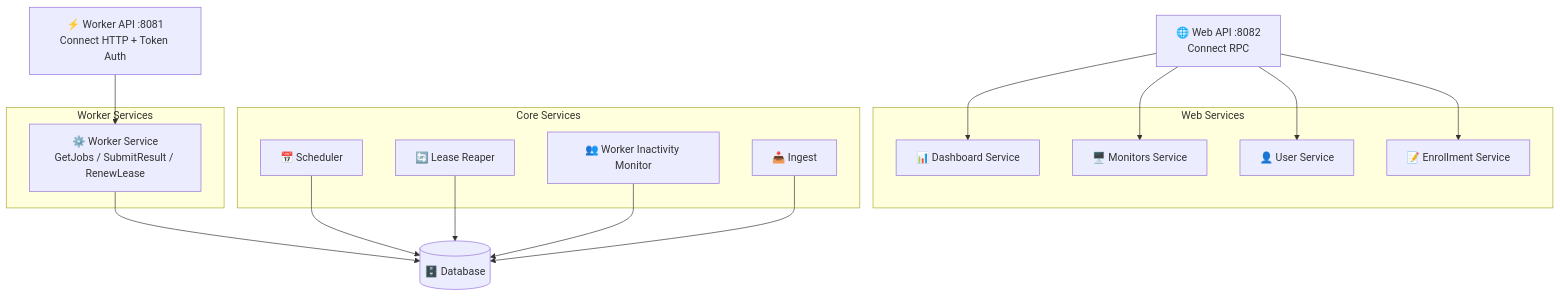
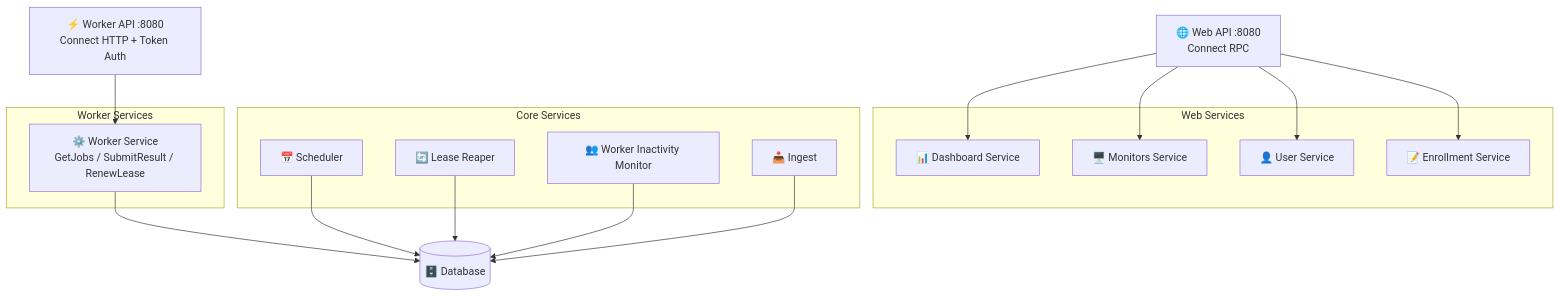
The diagram in cmd/control-plane/README.md (crisog/openseer), drawn with Mermaid before and after one commit. The commit also changed other lines of this file and 14 other files, not shown here.

````diff
--- a/cmd/control-plane/README.md
+++ b/cmd/control-plane/README.md
@@ -7,38 +7,38 @@
 ```mermaid
 graph TB
-    WebAPI[🌐 Web API :8082<br/>Connect RPC]
-    WorkerAPI[⚡ Worker API :8081<br/>Connect HTTP + Token Auth]
+    WebAPI[🌐 Web API :8080<br/>Connect RPC]
+    WorkerAPI[⚡ Worker API :8080<br/>Connect HTTP + Token Auth]
 
     subgraph "Core Services"
         Scheduler[📅 Scheduler]
         LeaseReaper[🔄 Lease Reaper]
         WorkerInactivity[👥 Worker Inactivity Monitor]
         Ingest[📥 Ingest]
     end
 
     subgraph "Web Services"
         Dashboard[📊 Dashboard Service]
         Monitors[🖥️ Monitors Service]
         User[👤 User Service]
         Enrollment[📝 Enrollment Service]
     end
 
     subgraph "Worker Services"
         WorkerSvc[⚙️ Worker Service<br/>GetJobs / SubmitResult / RenewLease]
     end
 
     Database[(🗄️ Database)]
 
     WebAPI --> Dashboard
     WebAPI --> Monitors
     WebAPI --> User
     WebAPI --> Enrollment
 
     WorkerAPI --> WorkerSvc
 
     Scheduler --> Database
     WorkerSvc --> Database
     LeaseReaper --> Database
     Ingest --> Database
     WorkerInactivity --> Database
 ```
````
